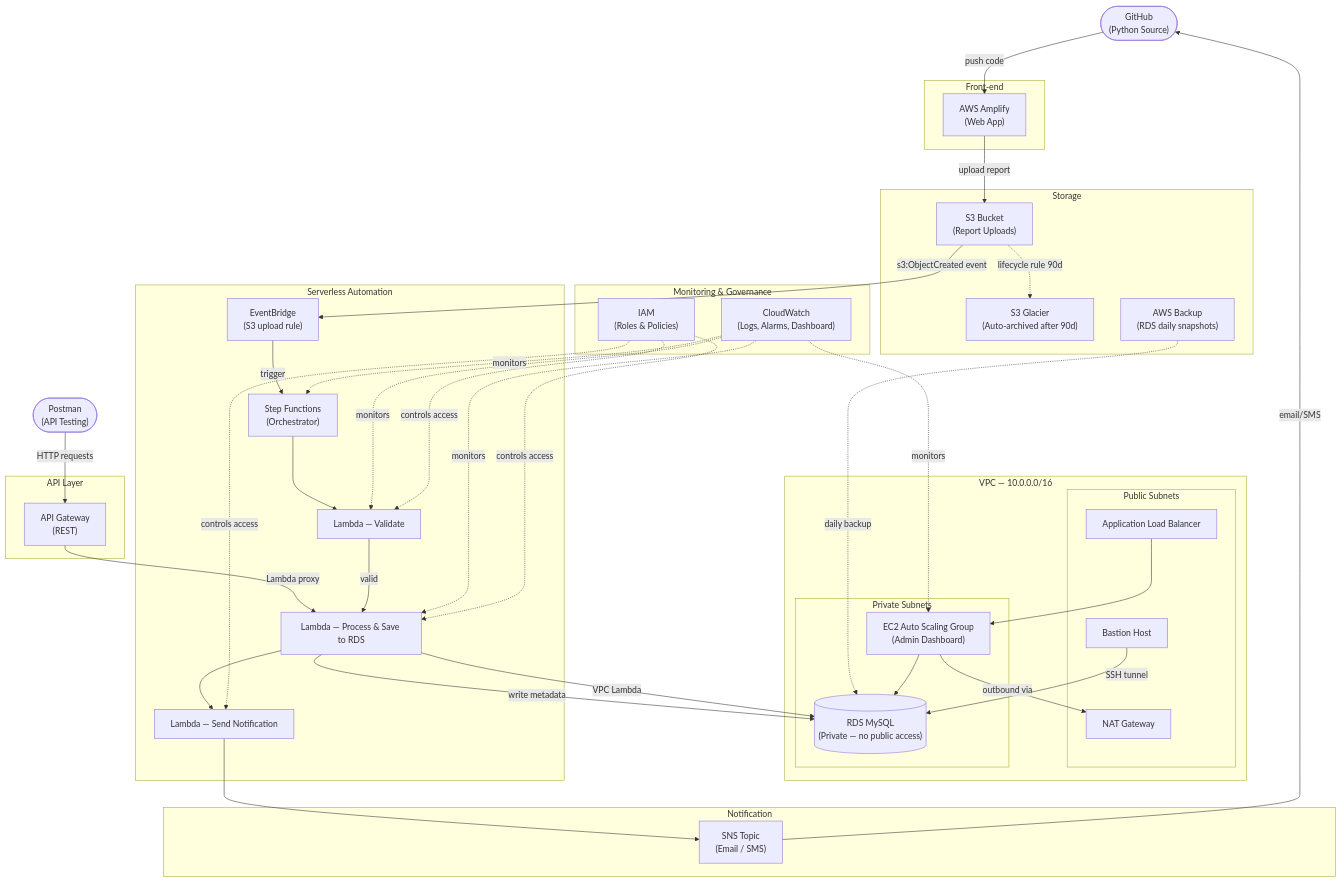
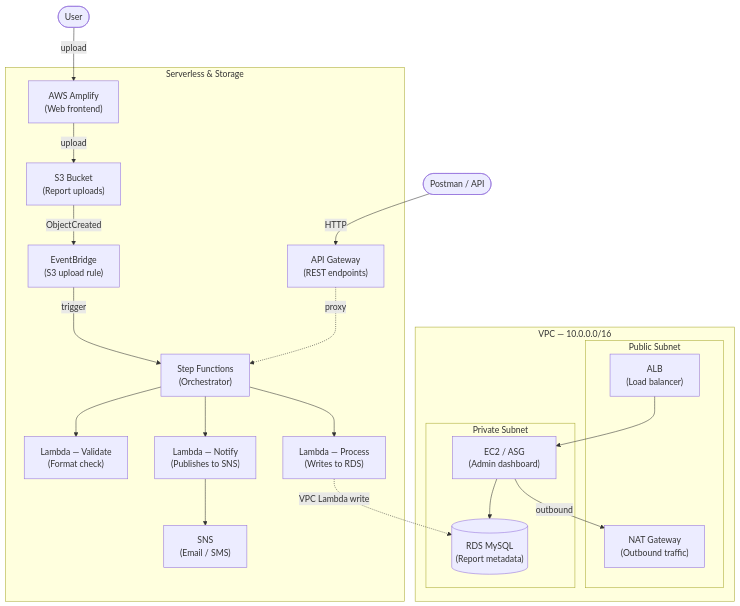
The diagram in serverless_automation_platform/README.md (Danafr00/aws_lks), drawn with Mermaid before and after one commit. The commit also changed 45 other files, not shown here.

````diff
--- a/serverless_automation_platform/README.md
+++ b/serverless_automation_platform/README.md
@@ -11,81 +11,47 @@
 ```mermaid
 flowchart TD
-    Dev(["GitHub\n(Python Source)"])
-    Postman(["Postman\n(API Testing)"])
+    User(["User"])
+    Postman(["Postman / API"])
 
-    subgraph FRONTEND["Front-end"]
-        Amplify["AWS Amplify\n(Web App)"]
-    end
-
-    subgraph API["API Layer"]
-        APIGW["API Gateway\n(REST)"]
+    subgraph SERVERLESS["Serverless & Storage"]
+        Amplify["AWS Amplify\n(Web frontend)"]
+        APIGW["API Gateway\n(REST endpoints)"]
+        S3["S3 Bucket\n(Report uploads)"]
+        EB["EventBridge\n(S3 upload rule)"]
+        SF["Step Functions\n(Orchestrator)"]
+        L1["Lambda — Validate\n(Format check)"]
+        L2["Lambda — Process\n(Writes to RDS)"]
+        L3["Lambda — Notify\n(Publishes to SNS)"]
+        SNS["SNS\n(Email / SMS)"]
     end
 
     subgraph VPC["VPC — 10.0.0.0/16"]
-        subgraph PUB["Public Subnets"]
-            ALB["Application Load Balancer"]
-            Bastion["Bastion Host"]
-            NAT["NAT Gateway"]
+        subgraph PUB["Public Subnet"]
+            ALB["ALB\n(Load balancer)"]
+            NAT["NAT Gateway\n(Outbound traffic)"]
         end
 
-        subgraph PRIV["Private Subnets"]
-            ASG["EC2 Auto Scaling Group\n(Admin Dashboard)"]
-            RDS[("RDS MySQL\n(Private — no public access)")]
+        subgraph PRIV["Private Subnet"]
+            ASG["EC2 / ASG\n(Admin dashboard)"]
+            RDS[("RDS MySQL\n(Report metadata)")]
         end
     end
 
-    subgraph STORAGE["Storage"]
-        S3["S3 Bucket\n(Report Uploads)"]
-        Glacier["S3 Glacier\n(Auto-archived after 90d)"]
-        Backup["AWS Backup\n(RDS daily snapshots)"]
-    end
+    User -->|"upload"| Amplify
+    Postman -->|"HTTP"| APIGW
+    Amplify -->|"upload"| S3
+    S3 -->|"ObjectCreated"| EB
+    EB -->|"trigger"| SF
+    APIGW -.->|"proxy"| SF
 
-    subgraph AUTOMATION["Serverless Automation"]
-        EB["EventBridge\n(S3 upload rule)"]
-        SF["Step Functions\n(Orchestrator)"]
-        L1["Lambda — Validate"]
-        L2["Lambda — Process & Save to RDS"]
-        L3["Lambda — Send Notification"]
-    end
+    SF --> L1
+    SF --> L2
+    SF --> L3
+    L3 --> SNS
 
-    subgraph NOTIFY["Notification"]
-        SNS["SNS Topic\n(Email / SMS)"]
-    end
-
-    subgraph OPS["Monitoring & Governance"]
-        CW["CloudWatch\n(Logs, Alarms, Dashboard)"]
-        IAM["IAM\n(Roles & Policies)"]
-    end
-
-    Dev -->|"push code"| Amplify
-    Postman -->|"HTTP requests"| APIGW
-    Amplify -->|"upload report"| S3
-    APIGW -->|"Lambda proxy"| L2
-
-    S3 -->|"s3:ObjectCreated event"| EB
-    EB -->|"trigger"| SF
-    SF --> L1
-    L1 -->|"valid"| L2
-    L2 -->|"write metadata"| RDS
-    L2 --> L3
-    L3 --> SNS
-    SNS -->|"email/SMS"| Dev
-
-    S3 -.->|"lifecycle rule 90d"| Glacier
-    Backup -.->|"daily backup"| RDS
+    L2 -.->|"VPC Lambda write"| RDS
 
     ALB --> ASG
     ASG --> RDS
-    Bastion -->|"SSH tunnel"| RDS
-    ASG -->|"outbound via"| NAT
-
-    L2 -->|"VPC Lambda"| RDS
-
-    CW -.->|"monitors"| SF
-    CW -.->|"monitors"| L1
-    CW -.->|"monitors"| L2
-    CW -.->|"monitors"| ASG
-    IAM -.->|"controls access"| L1
-    IAM -.->|"controls access"| L2
-    IAM -.->|"controls access"| L3
+    ASG -->|"outbound"| NAT
 ```
````
